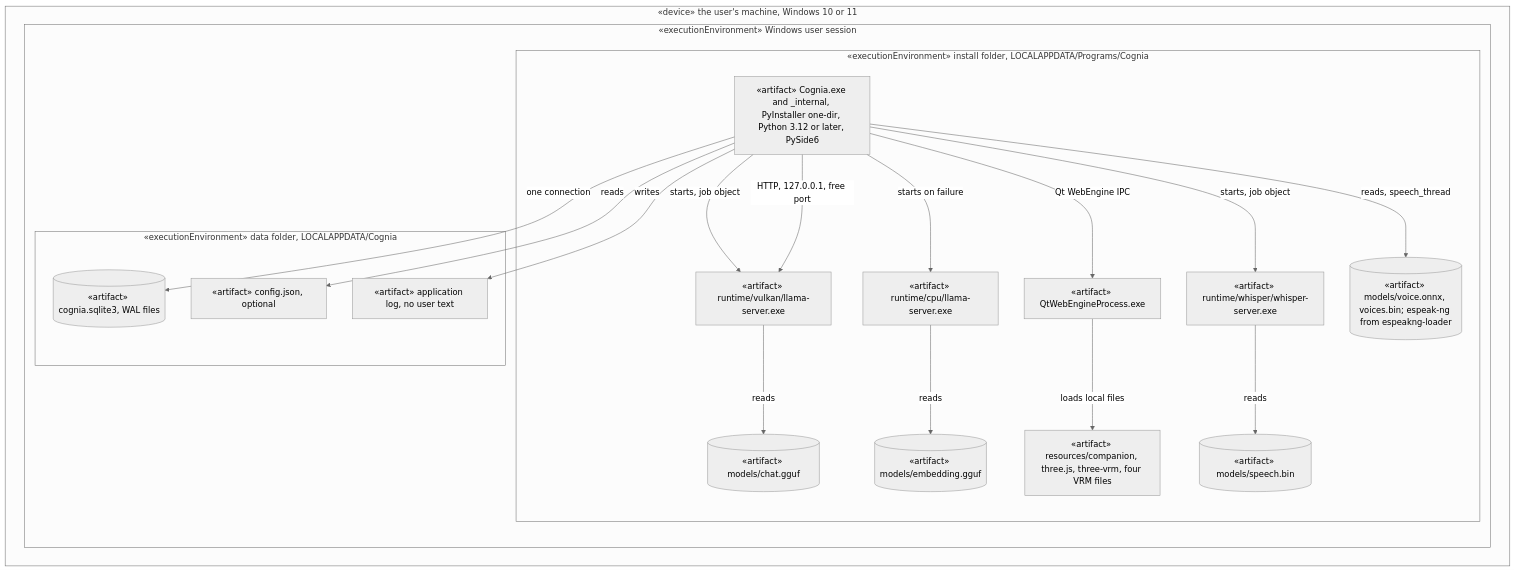
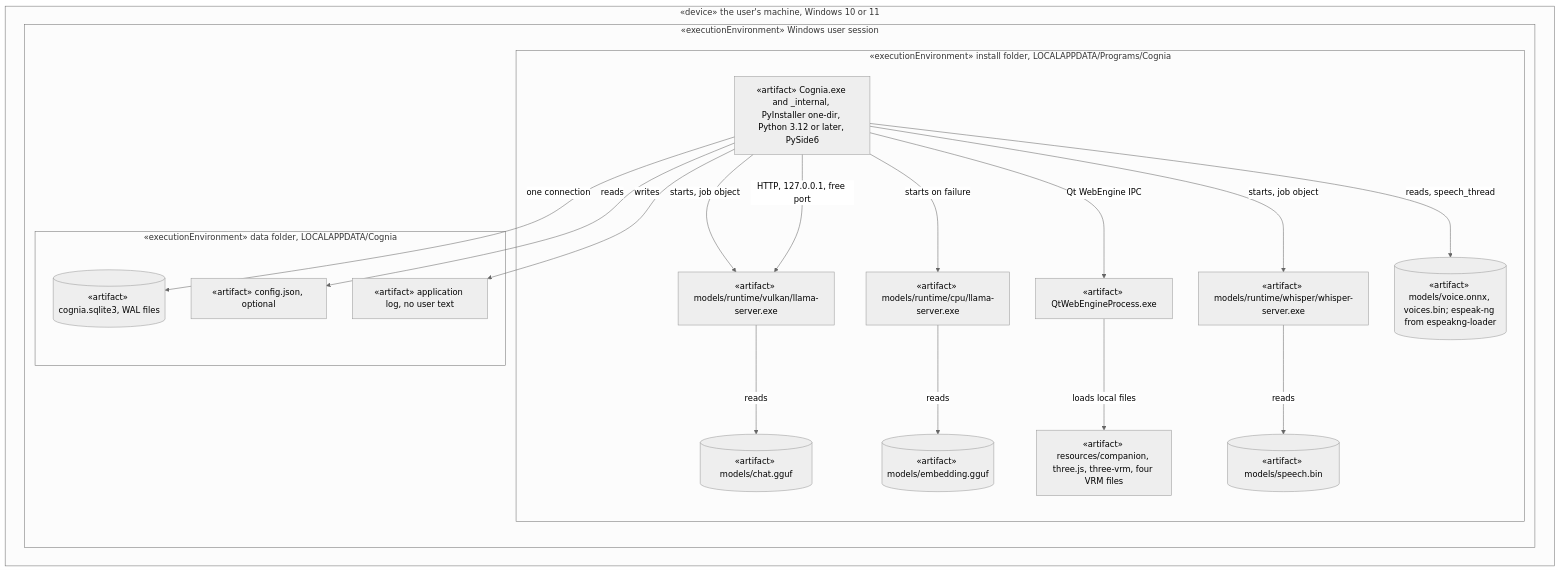
One commit to NguyenVu04/cognia changed diagram 46 of 46 in docs/architecture/ARCHITECTURE.md. Above: the diagram before and after it, drawn with Mermaid (neutral theme). The commit also changed other lines of this file and 16 other files, not shown here.

````diff
--- a/docs/architecture/ARCHITECTURE.md
+++ b/docs/architecture/ARCHITECTURE.md
@@ -2868,39 +2868,39 @@
 ```mermaid
 flowchart TB
     subgraph machine["«device» the user's machine, Windows 10 or 11"]
         subgraph session["«executionEnvironment» Windows user session"]
             subgraph program["«executionEnvironment» install folder, LOCALAPPDATA/Programs/Cognia"]
                 app_exe["«artifact» Cognia.exe and _internal, PyInstaller one-dir, Python 3.12 or later, PySide6"]
                 web_exe["«artifact» QtWebEngineProcess.exe"]
                 page["«artifact» resources/companion, three.js, three-vrm, four VRM files"]
-                vulkan["«artifact» runtime/vulkan/llama-server.exe"]
-                cpu["«artifact» runtime/cpu/llama-server.exe"]
-                whisper["«artifact» runtime/whisper/whisper-server.exe"]
+                vulkan["«artifact» models/runtime/vulkan/llama-server.exe"]
+                cpu["«artifact» models/runtime/cpu/llama-server.exe"]
+                whisper["«artifact» models/runtime/whisper/whisper-server.exe"]
                 chat_model[("«artifact» models/chat.gguf")]
                 embed_model[("«artifact» models/embedding.gguf")]
                 speech_model[("«artifact» models/speech.bin")]
                 voice_model[("«artifact» models/voice.onnx, voices.bin; espeak-ng from espeakng-loader")]
             end
 
             subgraph data["«executionEnvironment» data folder, LOCALAPPDATA/Cognia"]
                 db[("«artifact» cognia.sqlite3, WAL files")]
                 config["«artifact» config.json, optional"]
                 logs["«artifact» application log, no user text"]
             end
         end
     end
 
     app_exe -->|"starts, job object"| vulkan
     app_exe -->|"starts on failure"| cpu
     vulkan -->|"reads"| chat_model
     cpu -->|"reads"| embed_model
     app_exe -->|"HTTP, 127.0.0.1, free port"| vulkan
     app_exe -->|"Qt WebEngine IPC"| web_exe
     web_exe -->|"loads local files"| page
     app_exe -->|"starts, job object"| whisper
     whisper -->|"reads"| speech_model
     app_exe -->|"reads, speech_thread"| voice_model
     app_exe -->|"one connection"| db
     app_exe -->|"reads"| config
     app_exe -->|"writes"| logs
 ```
````
